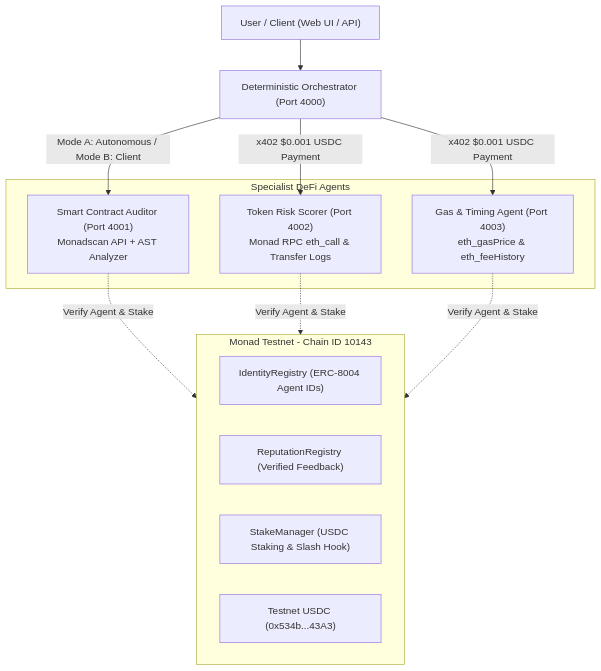
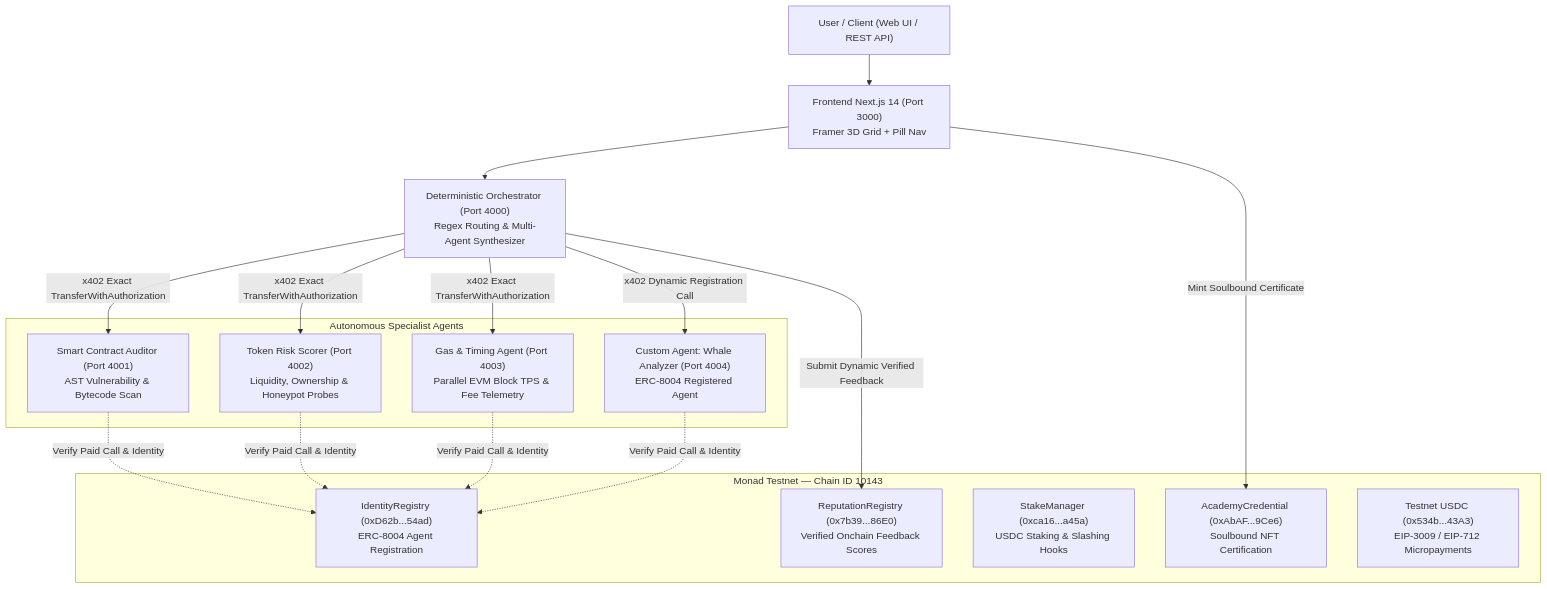
One commit to avishrakshe/Defi-Agents-On-monad- changed the diagram in README.md. Above: the diagram before and after it, drawn with Mermaid. The commit also changed other lines of this file and 2 other files, not shown here.

Commit message:
docs: comprehensively enhance GitHub README with architecture diagrams, verified contracts, x402 protocol, 3D grid UI, and CLI tools

````diff
--- a/README.md
+++ b/README.md
@@ -11,25 +34,33 @@
 ```mermaid
 graph TD
-    User["User / Client (Web UI / API)"] --> Orchestrator["Deterministic Orchestrator (Port 4000)"]
+    User["User / Client (Web UI / REST API)"] --> UI["Frontend Next.js 14 (Port 3000)<br/>Framer 3D Grid + Pill Nav"]
+    UI --> Orchestrator["Deterministic Orchestrator (Port 4000)<br/>Regex Routing & Multi-Agent Synthesizer"]
     
-    subgraph Onchain [Monad Testnet - Chain ID 10143]
-        IdentityRegistry["IdentityRegistry (ERC-8004 Agent IDs)"]
-        ReputationRegistry["ReputationRegistry (Verified Feedback)"]
-        StakeManager["StakeManager (USDC Staking & Slash Hook)"]
-        MonadUSDC["Testnet USDC (0x534b...43A3)"]
+    subgraph Onchain [Monad Testnet — Chain ID 10143]
+        IdentityRegistry["IdentityRegistry (0xD62b...54ad)<br/>ERC-8004 Agent Registration"]
+        ReputationRegistry["ReputationRegistry (0x7b39...86E0)<br/>Verified Onchain Feedback Scores"]
+        StakeManager["StakeManager (0xca16...a45a)<br/>USDC Staking & Slashing Hooks"]
+        AcademyCredential["AcademyCredential (0xAbAF...9Ce6)<br/>Soulbound NFT Certification"]
+        MonadUSDC["Testnet USDC (0x534b...43A3)<br/>EIP-3009 / EIP-712 Micropayments"]
     end
     
-    subgraph SpecialistAgents [Specialist DeFi Agents]
-        Auditor["Smart Contract Auditor (Port 4001)<br/>Monadscan API + AST Analyzer"]
-        RiskScorer["Token Risk Scorer (Port 4002)<br/>Monad RPC eth_call & Transfer Logs"]
-        GasAgent["Gas & Timing Agent (Port 4003)<br/>eth_gasPrice & eth_feeHistory"]
+    subgraph AgentsCluster [Autonomous Specialist Agents]
+        Auditor["Smart Contract Auditor (Port 4001)<br/>AST Vulnerability & Bytecode Scan"]
+        RiskScorer["Token Risk Scorer (Port 4002)<br/>Liquidity, Ownership & Honeypot Probes"]
+        GasAgent["Gas & Timing Agent (Port 4003)<br/>Parallel EVM Block TPS & Fee Telemetry"]
+        CustomAgent["Custom Agent: Whale Analyzer (Port 4004)<br/>ERC-8004 Registered Agent"]
     end
     
-    Orchestrator -->|Mode A: Autonomous / Mode B: Client| Auditor
-    Orchestrator -->|x402 $0.001 USDC Payment| RiskScorer
-    Orchestrator -->|x402 $0.001 USDC Payment| GasAgent
+    Orchestrator -->|x402 Exact TransferWithAuthorization| Auditor
+    Orchestrator -->|x402 Exact TransferWithAuthorization| RiskScorer
+    Orchestrator -->|x402 Exact TransferWithAuthorization| GasAgent
+    Orchestrator -->|x402 Dynamic Registration Call| CustomAgent
     
-    Auditor -.->|Verify Agent & Stake| Onchain
-    RiskScorer -.->|Verify Agent & Stake| Onchain
-    GasAgent -.->|Verify Agent & Stake| Onchain
+    Auditor -.->|Verify Paid Call & Identity| IdentityRegistry
+    RiskScorer -.->|Verify Paid Call & Identity| IdentityRegistry
+    GasAgent -.->|Verify Paid Call & Identity| IdentityRegistry
+    CustomAgent -.->|Verify Paid Call & Identity| IdentityRegistry
+    
+    Orchestrator -->|Submit Dynamic Verified Feedback| ReputationRegistry
+    UI -->|Mint Soulbound Certificate| AcademyCredential
 ```
````
